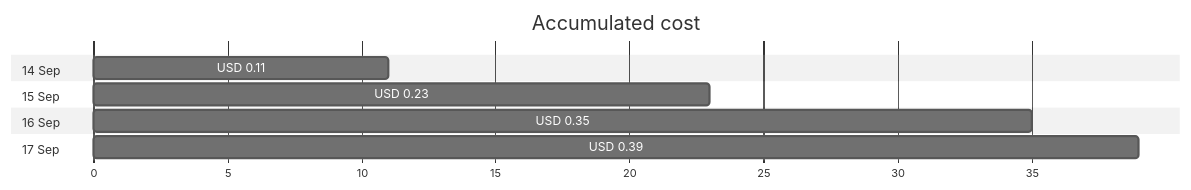
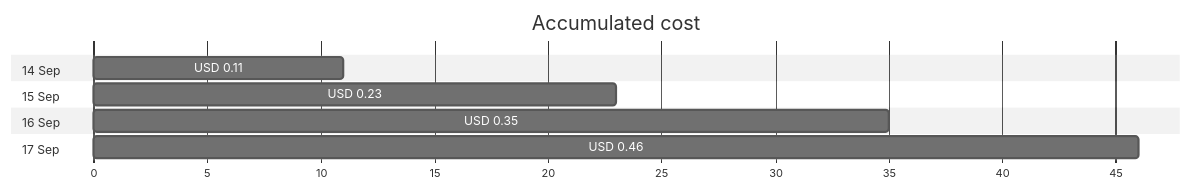
The first of 4 diagrams in cost-reports/personal-network/backup-server-public-ip.md (jpfulton/azure-personal-reports), drawn with Mermaid (neutral theme) before and after one commit. The commit also changed other lines of this file and 17 other files, not shown here.

````diff
--- a/cost-reports/personal-network/backup-server-public-ip.md
+++ b/cost-reports/personal-network/backup-server-public-ip.md
@@ -20,14 +20,14 @@
 ```mermaid
 gantt
    title Accumulated cost
    dateFormat  X
    axisFormat %s
    section 14 Sep
    USD 0.11 :0, 11
    section 15 Sep
    USD 0.23 :0, 23
    section 16 Sep
    USD 0.35 :0, 35
    section 17 Sep
-   USD 0.39 :0, 39
+   USD 0.46 :0, 46
 ```
````
